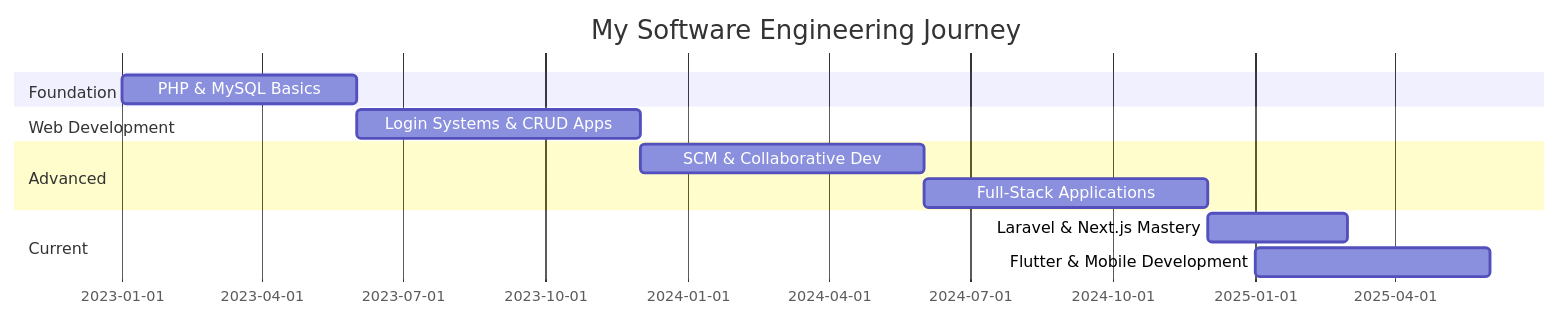
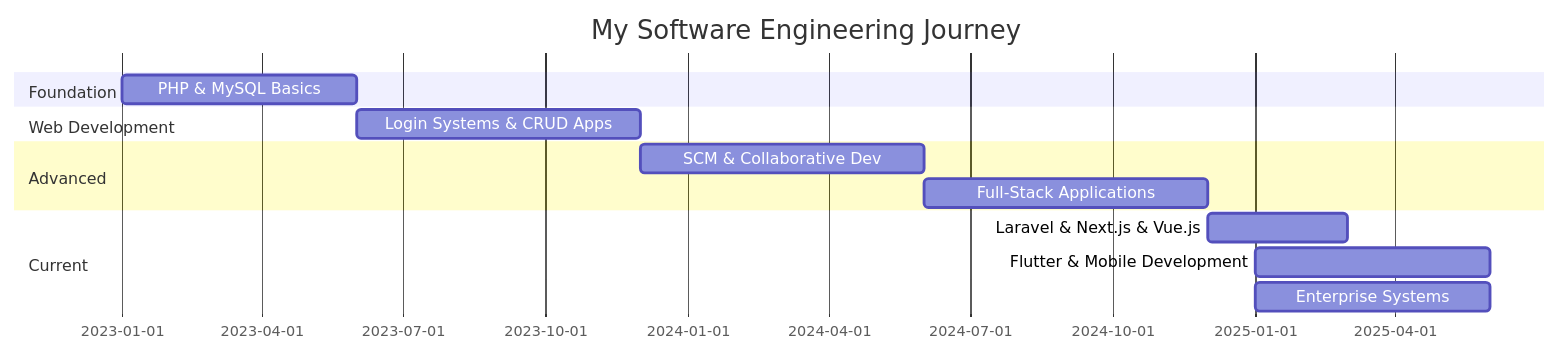
The second of 4 diagrams in README.md (Namidu99/Namidu99), drawn with Mermaid before and after one commit. The commit also changed other lines of this file, not shown here.

````diff
--- a/README.md
+++ b/README.md
@@ -159,15 +202,16 @@
 ```mermaid
 gantt
     title My Software Engineering Journey
     dateFormat YYYY-MM
     section Foundation
     PHP & MySQL Basics           :2023-01, 2023-06
     section Web Development
     Login Systems & CRUD Apps    :2023-06, 2023-12
     section Advanced
     SCM & Collaborative Dev      :2023-12, 2024-06
     Full-Stack Applications      :2024-06, 2024-12
     section Current
-    Laravel & Next.js Mastery    :2024-12, 2025-03
+    Laravel & Next.js & Vue.js   :2024-12, 2025-03
     Flutter & Mobile Development :2025-01, 2025-06
+    Enterprise Systems           :2025-01, 2025-06
 ```
````
